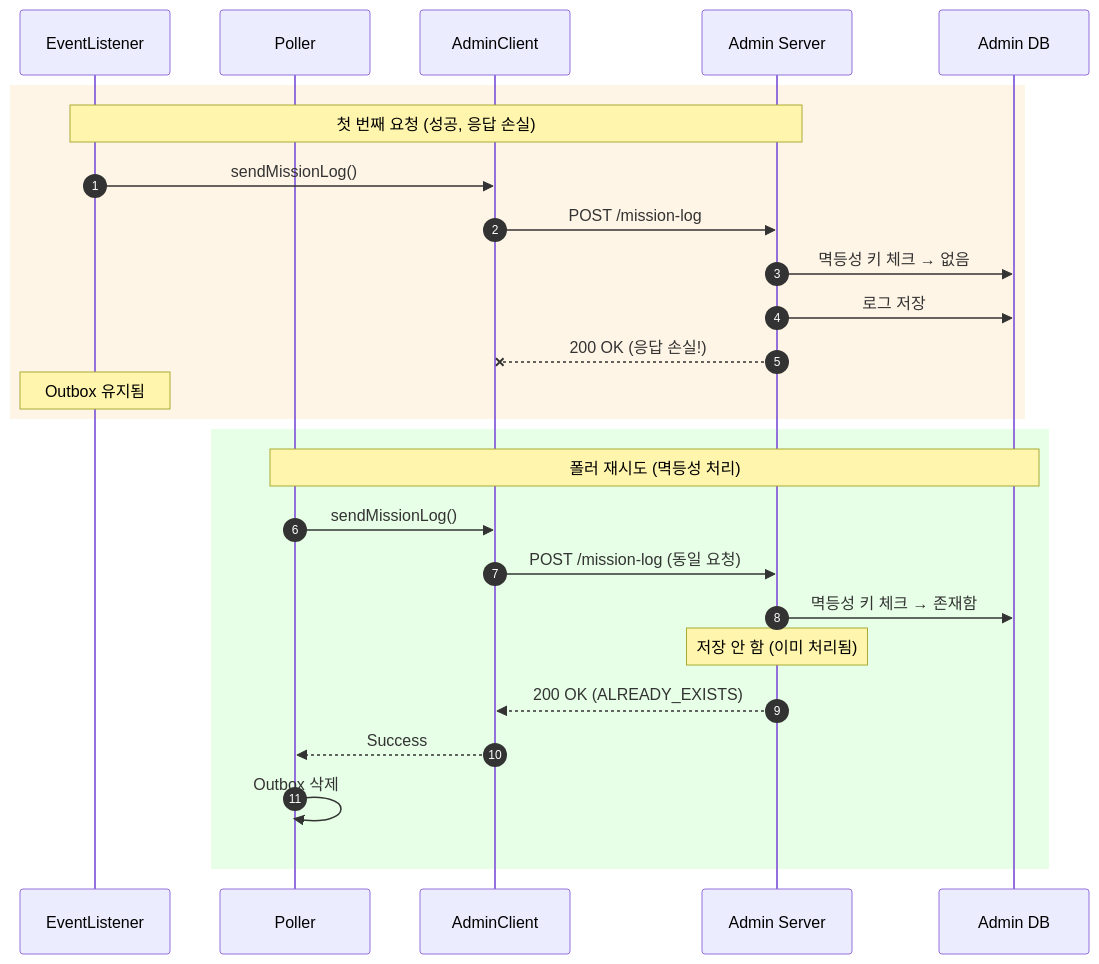
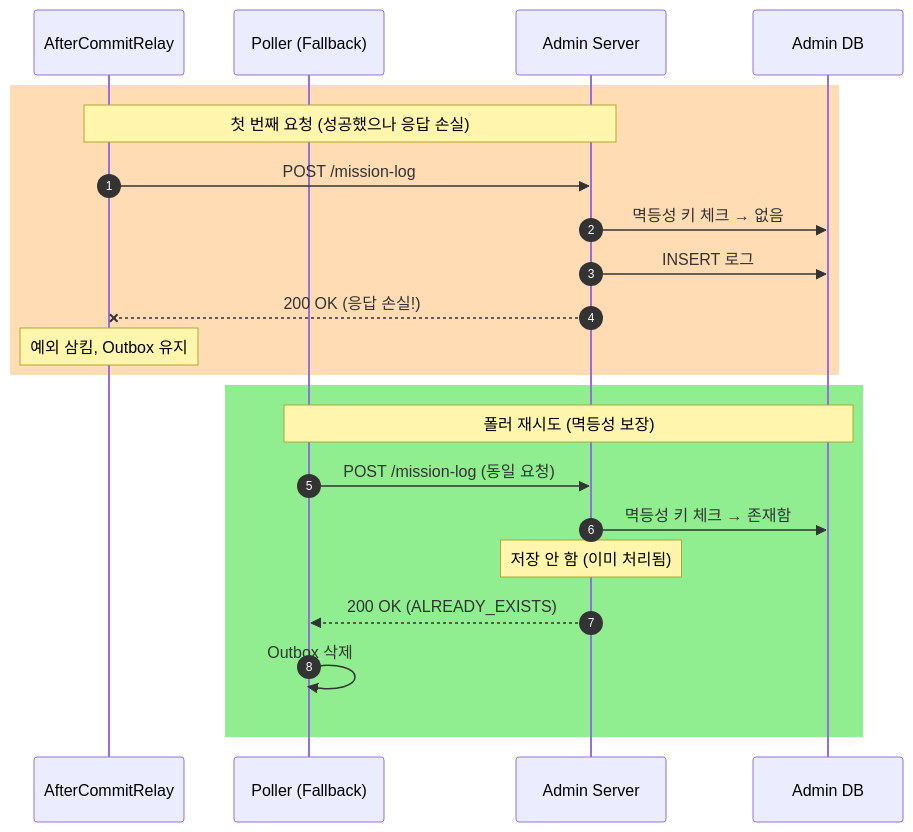
Before and after one commit to depromeet/18th-team5-server: the second of 6 diagrams in docs/heeun/outbox-pattern-flow.md, drawn with Mermaid. The commit also changed other lines of this file and 3 other files, not shown here.

Commit message:
docs: Outbox 플로우 다이어그램 스타일 개선 - 흐름도.png 스타일 참고 - Happy Path / Fallback 영역 색상 구분 - alt 블록으로 조건 분기 표현

````diff
--- a/docs/heeun/outbox-pattern-flow.md
+++ b/docs/heeun/outbox-pattern-flow.md
@@ -98,30 +64,26 @@
 ```mermaid
 sequenceDiagram
     autonumber
-    participant EventListener
-    participant Poller
-    participant AdminClient
+    participant Relay as AfterCommitRelay
+    participant Poller as Poller (Fallback)
     participant Admin as Admin Server
     participant AdminDB as Admin DB
 
-    rect rgb(255, 245, 230)
-        Note over EventListener,Admin: 첫 번째 요청 (성공, 응답 손실)
-        EventListener->>AdminClient: sendMissionLog()
-        AdminClient->>Admin: POST /mission-log
+    rect rgb(255, 220, 180)
+        Note over Relay,Admin: 첫 번째 요청 (성공했으나 응답 손실)
+        Relay->>Admin: POST /mission-log
         Admin->>AdminDB: 멱등성 키 체크 → 없음
-        Admin->>AdminDB: 로그 저장
-        Admin--xAdminClient: 200 OK (응답 손실!)
-        Note over EventListener: Outbox 유지됨
+        Admin->>AdminDB: INSERT 로그
+        Admin--xRelay: 200 OK (응답 손실!)
+        Note over Relay: 예외 삼킴, Outbox 유지
     end
 
-    rect rgb(230, 255, 230)
-        Note over Poller,AdminDB: 폴러 재시도 (멱등성 처리)
-        Poller->>AdminClient: sendMissionLog()
-        AdminClient->>Admin: POST /mission-log (동일 요청)
+    rect rgb(144, 238, 144)
+        Note over Poller,AdminDB: 폴러 재시도 (멱등성 보장)
+        Poller->>Admin: POST /mission-log (동일 요청)
         Admin->>AdminDB: 멱등성 키 체크 → 존재함
         Note over Admin: 저장 안 함 (이미 처리됨)
-        Admin-->>AdminClient: 200 OK (ALREADY_EXISTS)
-        AdminClient-->>Poller: Success
+        Admin-->>Poller: 200 OK (ALREADY_EXISTS)
         Poller->>Poller: Outbox 삭제
     end
 ```
````
